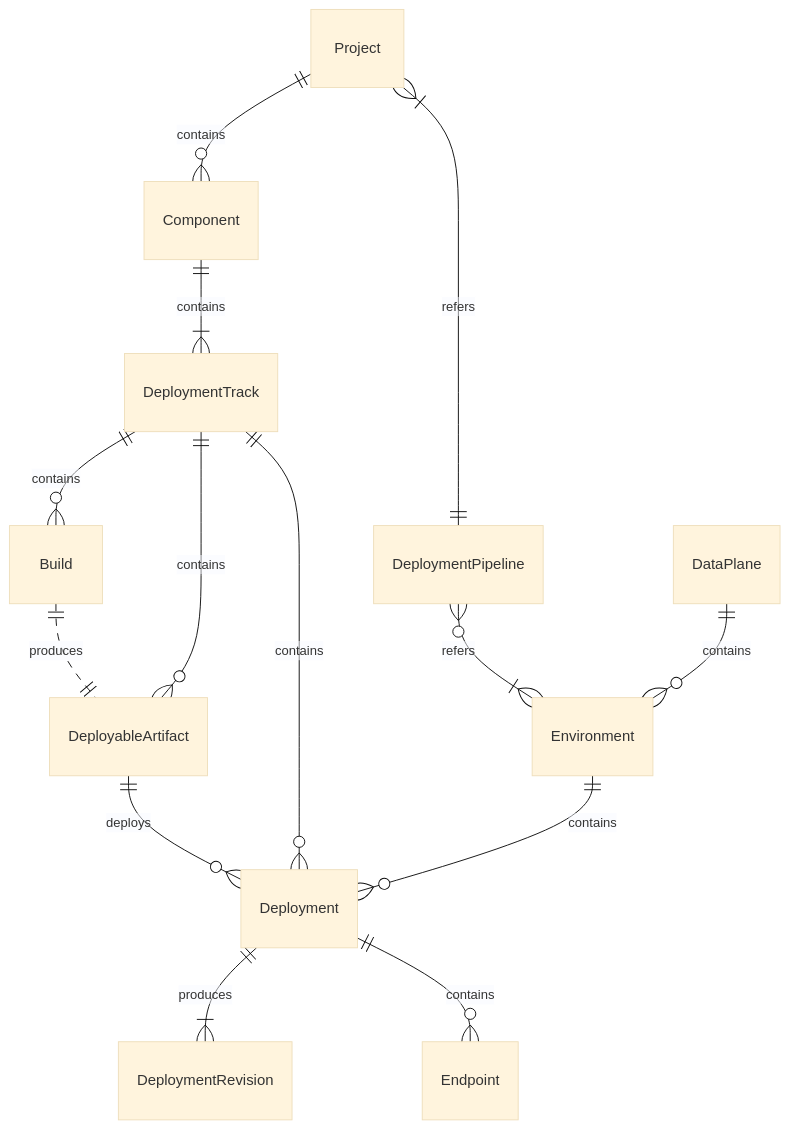
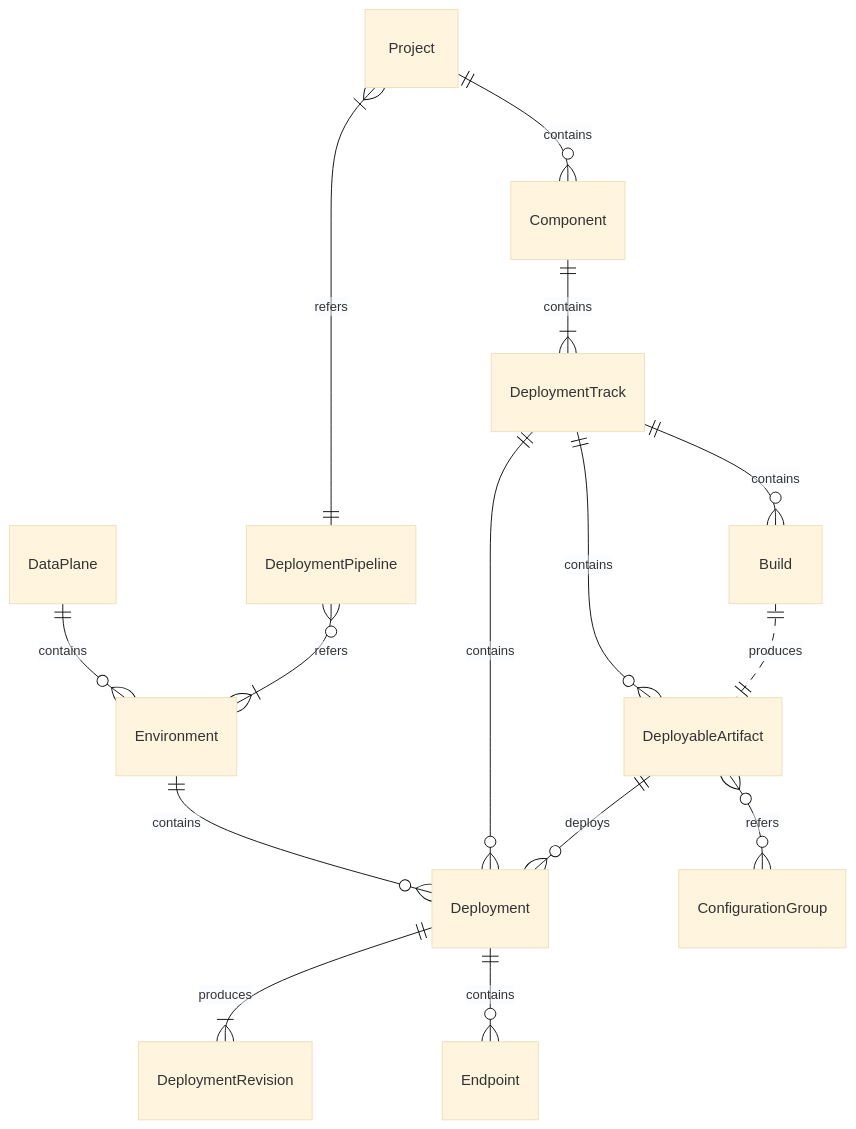
Before and after one commit to rasika2012/openchoreo: the diagram in docs/README.md, drawn with Mermaid (base theme). The commit also changed other lines of this file and 13 other files, not shown here.

Commit message:
Adds the configurationGroup kind

````diff
--- a/docs/README.md
+++ b/docs/README.md
@@ -42,17 +43,18 @@
 ```mermaid
 erDiagram
     Project ||--o{ Component : "contains"
     Component ||--|{ DeploymentTrack : "contains"
     DeploymentTrack ||--o{ Build : "contains"
     Build ||..|| DeployableArtifact : "produces"
     DeployableArtifact ||--o{ Deployment : "deploys"
     DeploymentTrack ||--o{ DeployableArtifact : "contains"
+    DeployableArtifact }o--o{ ConfigurationGroup : "refers"
     DeploymentTrack ||--o{ Deployment : "contains"
 
     Project }|--|| DeploymentPipeline : "refers"
     Environment ||--o{ Deployment: "contains"
     DeploymentPipeline }o--|{ Environment : "refers"
     DataPlane ||--o{ Environment : "contains"
     Deployment ||--|{ DeploymentRevision : "produces"
     Deployment ||--o{ Endpoint : "contains"
 ```
````
